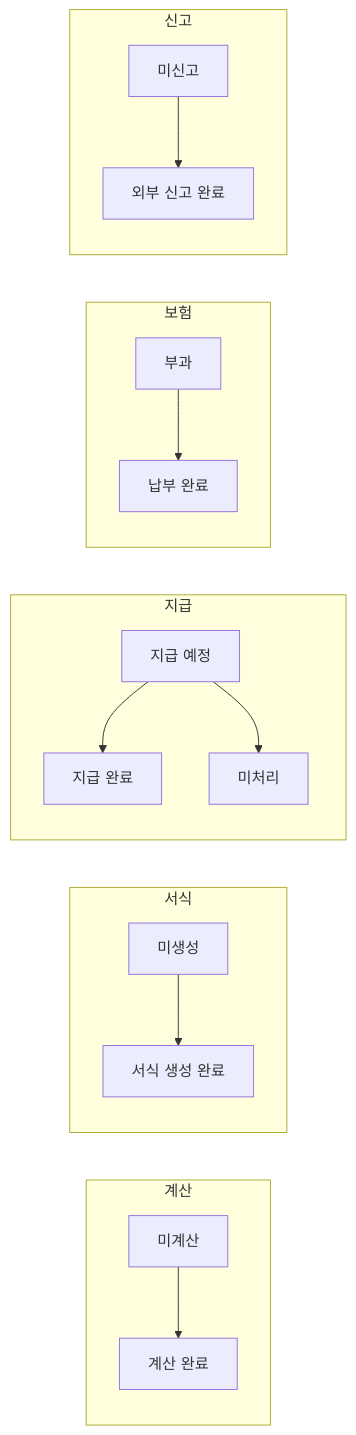
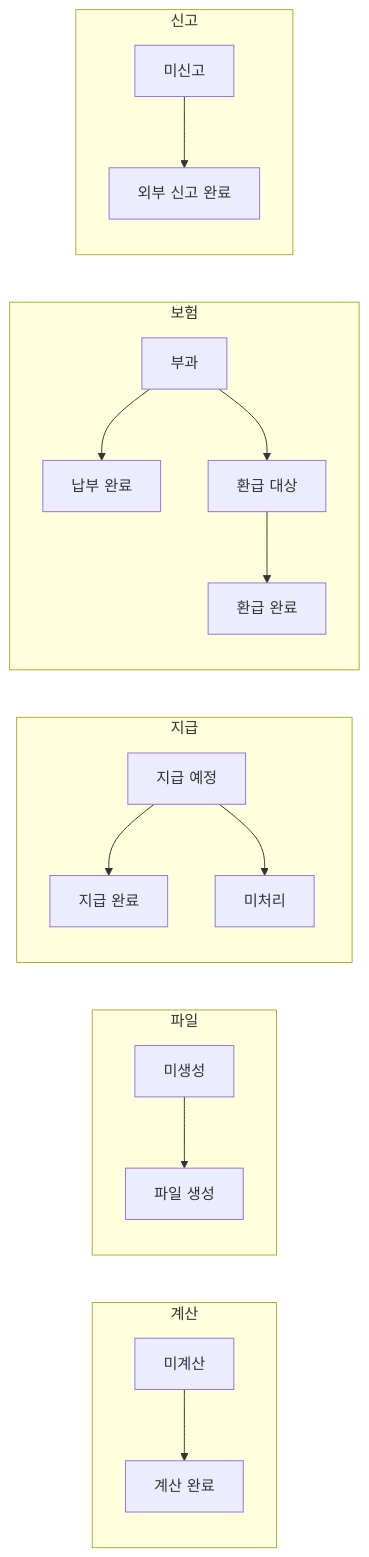
One commit to YC-CapstoneDesign-5/.github changed diagram 14 of 15 in docs/ARCHITECTURE.md. Above: the diagram before and after it, drawn with Mermaid. The commit also changed other lines of this file and 7 other files, not shown here.

````diff
--- a/docs/ARCHITECTURE.md
+++ b/docs/ARCHITECTURE.md
@@ -382,19 +550,20 @@
 ```mermaid
 flowchart LR
     subgraph SC["계산"]
         c1["미계산"] --> c2["계산 완료"]
     end
-    subgraph SF["서식"]
-        f1["미생성"] --> f2["서식 생성 완료"]
+    subgraph SF["파일"]
+        f1["미생성"] --> f2["파일 생성"]
     end
     subgraph SP["지급"]
         p1["지급 예정"] --> p2["지급 완료"]
         p1 --> p3["미처리"]
     end
     subgraph SI["보험"]
         i1["부과"] --> i2["납부 완료"]
+        i1 --> i3["환급 대상"] --> i4["환급 완료"]
     end
     subgraph SR["신고"]
         r1["미신고"] --> r2["외부 신고 완료"]
     end
 ```
````
